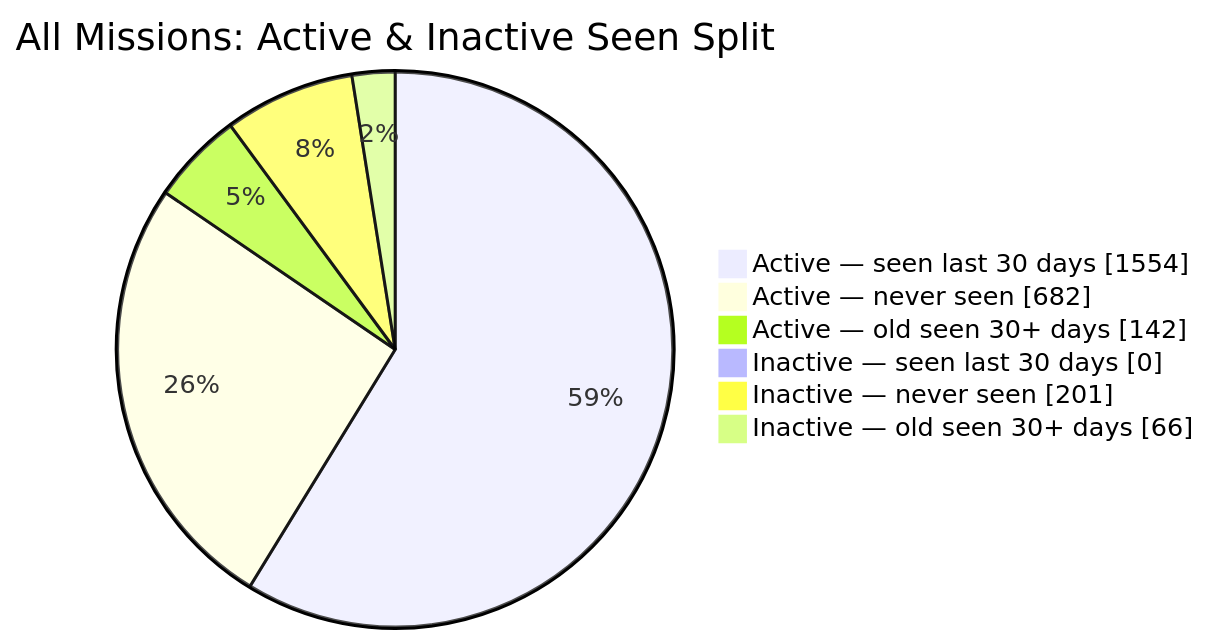
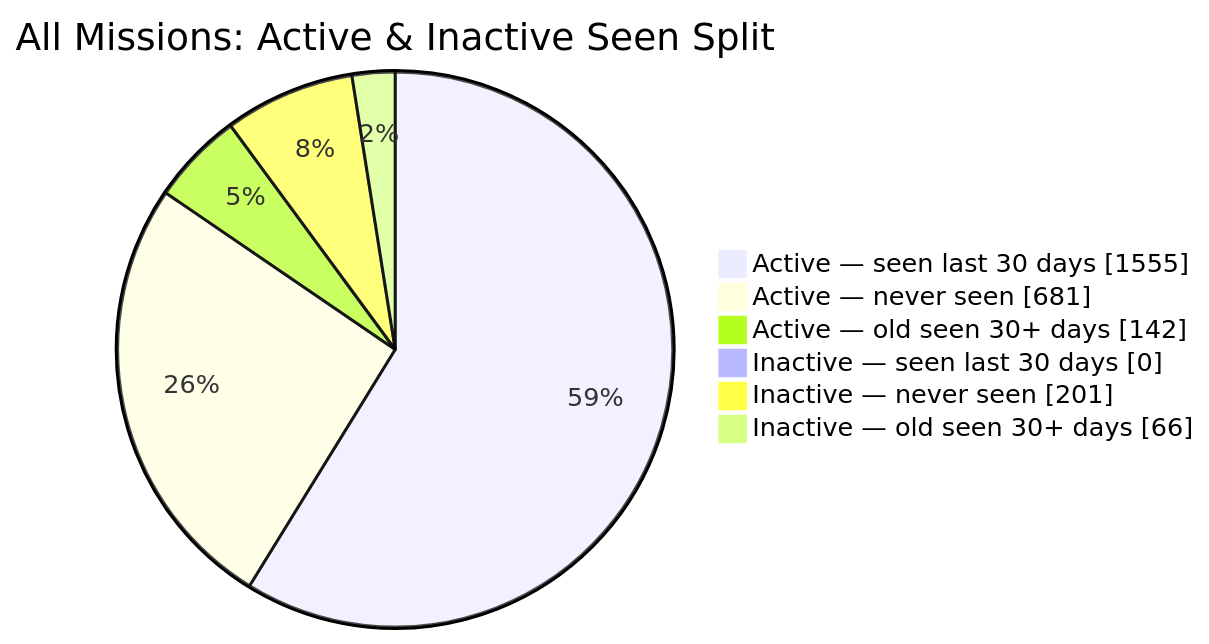
Before and after one commit to MeldkamerspelGameTeam/active-missions: the second of 2 diagrams in README.md, drawn with Mermaid. The commit also changed other lines of this file and 2 other files, not shown here.

````diff
--- a/README.md
+++ b/README.md
@@ -44,10 +44,10 @@
 ```mermaid
 pie showData
     title All Missions: Active & Inactive Seen Split
-    "Active — seen last 30 days" : 1554
-    "Active — never seen" : 682
+    "Active — seen last 30 days" : 1555
+    "Active — never seen" : 681
     "Active — old seen 30+ days" : 142
     "Inactive — seen last 30 days" : 0
     "Inactive — never seen" : 201
     "Inactive — old seen 30+ days" : 66
 ```
````
